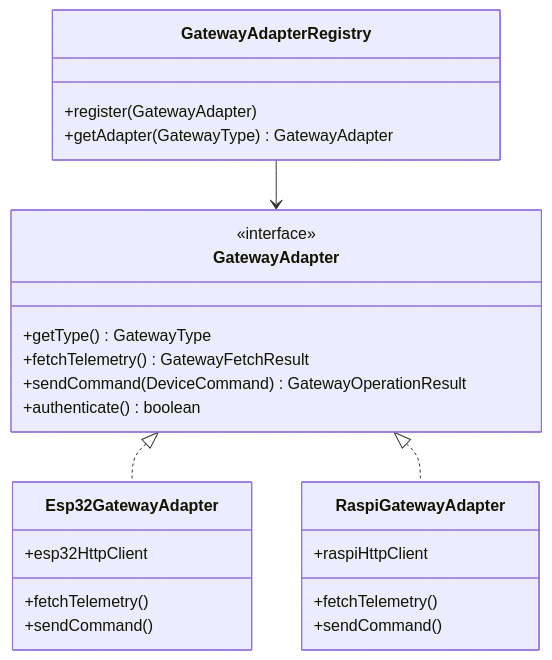
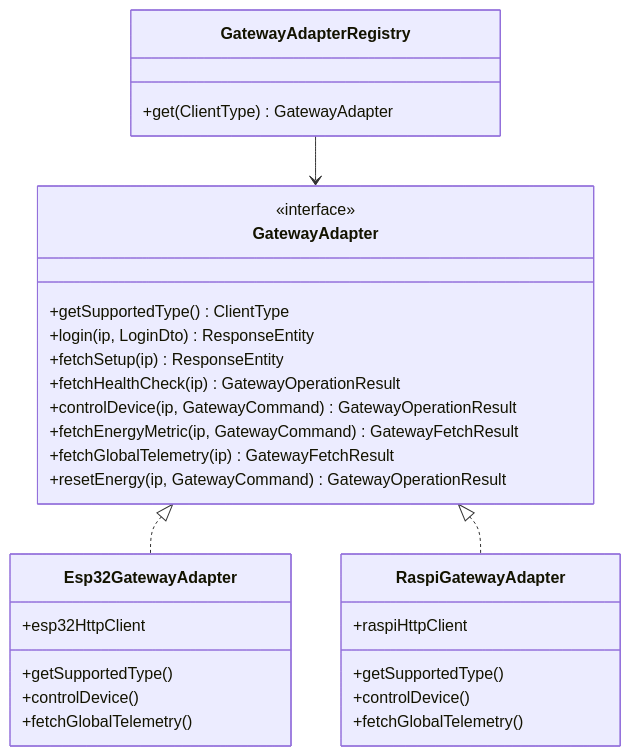
Diagram 11 of 11 in SYSTEM.md (MaiTheHao/smart-room-iot-server), drawn with Mermaid before and after one commit. The commit also changed other lines of this file and 4 other files, not shown here.

````diff
--- a/SYSTEM.md
+++ b/SYSTEM.md
@@ -540,31 +549,36 @@
 ```mermaid
 classDiagram
     class GatewayAdapter {
         <<interface>>
-        +getType() GatewayType
-        +fetchTelemetry() GatewayFetchResult
-        +sendCommand(DeviceCommand) GatewayOperationResult
-        +authenticate() boolean
+        +getSupportedType() ClientType
+        +login(ip, LoginDto) ResponseEntity
+        +fetchSetup(ip) ResponseEntity
+        +fetchHealthCheck(ip) GatewayOperationResult
+        +controlDevice(ip, GatewayCommand) GatewayOperationResult
+        +fetchEnergyMetric(ip, GatewayCommand) GatewayFetchResult
+        +fetchGlobalTelemetry(ip) GatewayFetchResult
+        +resetEnergy(ip, GatewayCommand) GatewayOperationResult
     }
     
     class Esp32GatewayAdapter {
         +esp32HttpClient
-        +fetchTelemetry()
-        +sendCommand()
+        +getSupportedType()
+        +controlDevice()
+        +fetchGlobalTelemetry()
     }
     
     class RaspiGatewayAdapter {
         +raspiHttpClient
-        +fetchTelemetry()
-        +sendCommand()
+        +getSupportedType()
+        +controlDevice()
+        +fetchGlobalTelemetry()
     }
     
     class GatewayAdapterRegistry {
-        +register(GatewayAdapter)
-        +getAdapter(GatewayType) GatewayAdapter
+        +get(ClientType) GatewayAdapter
     }
     
     GatewayAdapter <|.. Esp32GatewayAdapter
     GatewayAdapter <|.. RaspiGatewayAdapter
     GatewayAdapterRegistry --> GatewayAdapter
 ```
````
